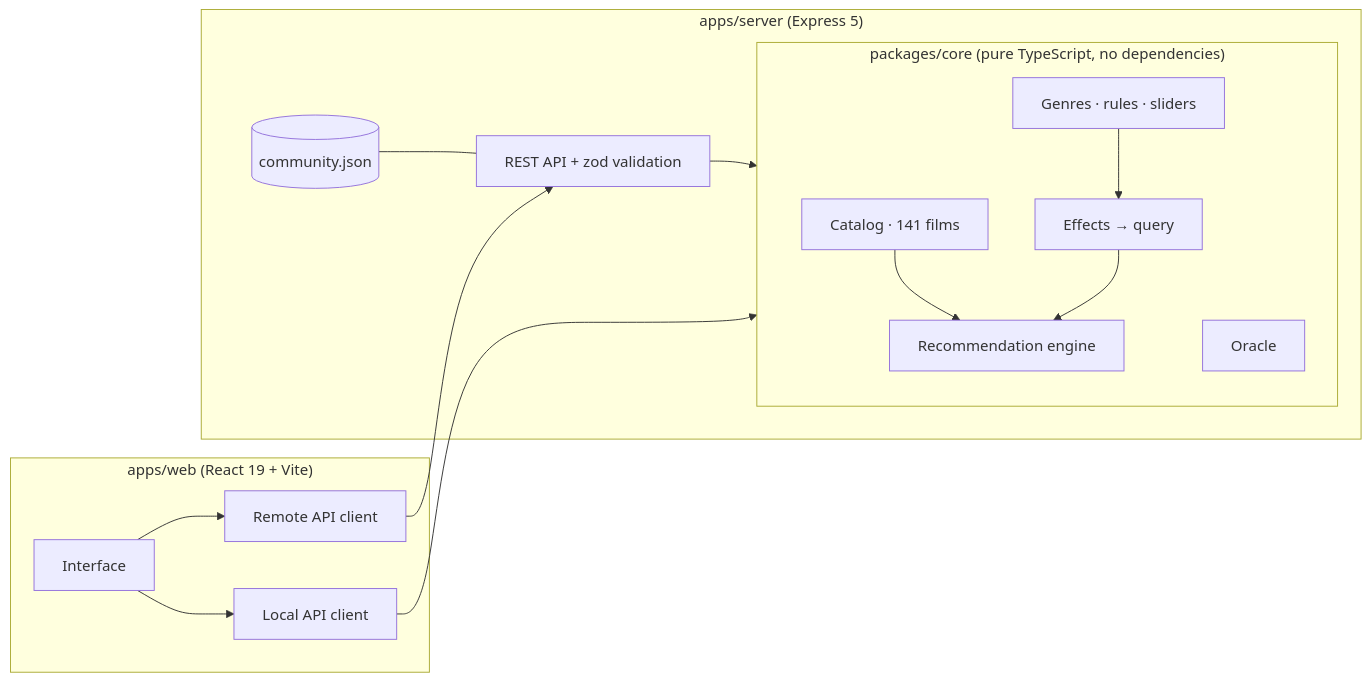
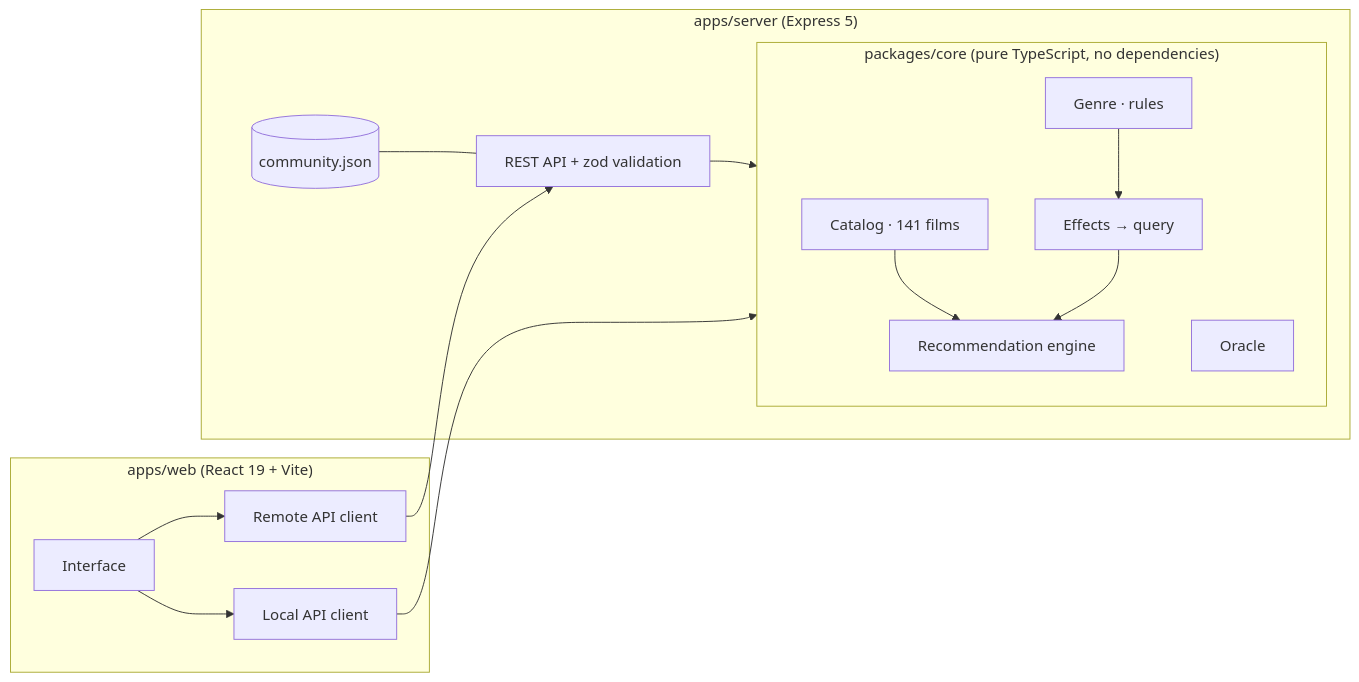
Before and after one commit to ridvanms/moodReel: the diagram in README.md, drawn with Mermaid. The commit also changed other lines of this file and 57 other files, not shown here.

````diff
--- a/README.md
+++ b/README.md
@@ -23,17 +21,17 @@
 ```mermaid
 flowchart LR
   subgraph core["packages/core (pure TypeScript, no dependencies)"]
     C[Catalog · 141 films] --> E[Recommendation engine]
-    M[Genres · rules · sliders] --> X[Effects → query]
+    M[Genre · rules] --> X[Effects → query]
     X --> E
     O[Oracle]
   end
   subgraph server["apps/server (Express 5)"]
     A[REST API + zod validation] --> core
     S[(community.json)] --- A
   end
   subgraph web["apps/web (React 19 + Vite)"]
     UI[Interface] --> R[Remote API client] --> A
     UI --> L[Local API client] --> core
   end
 ```
````
